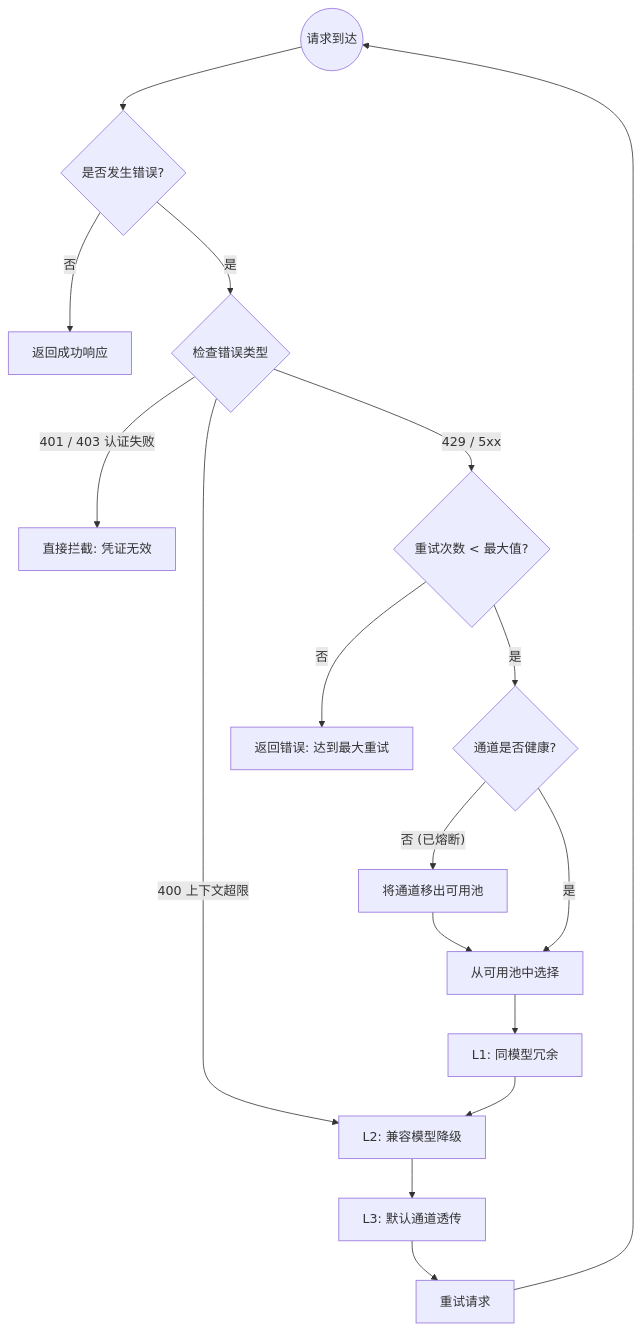
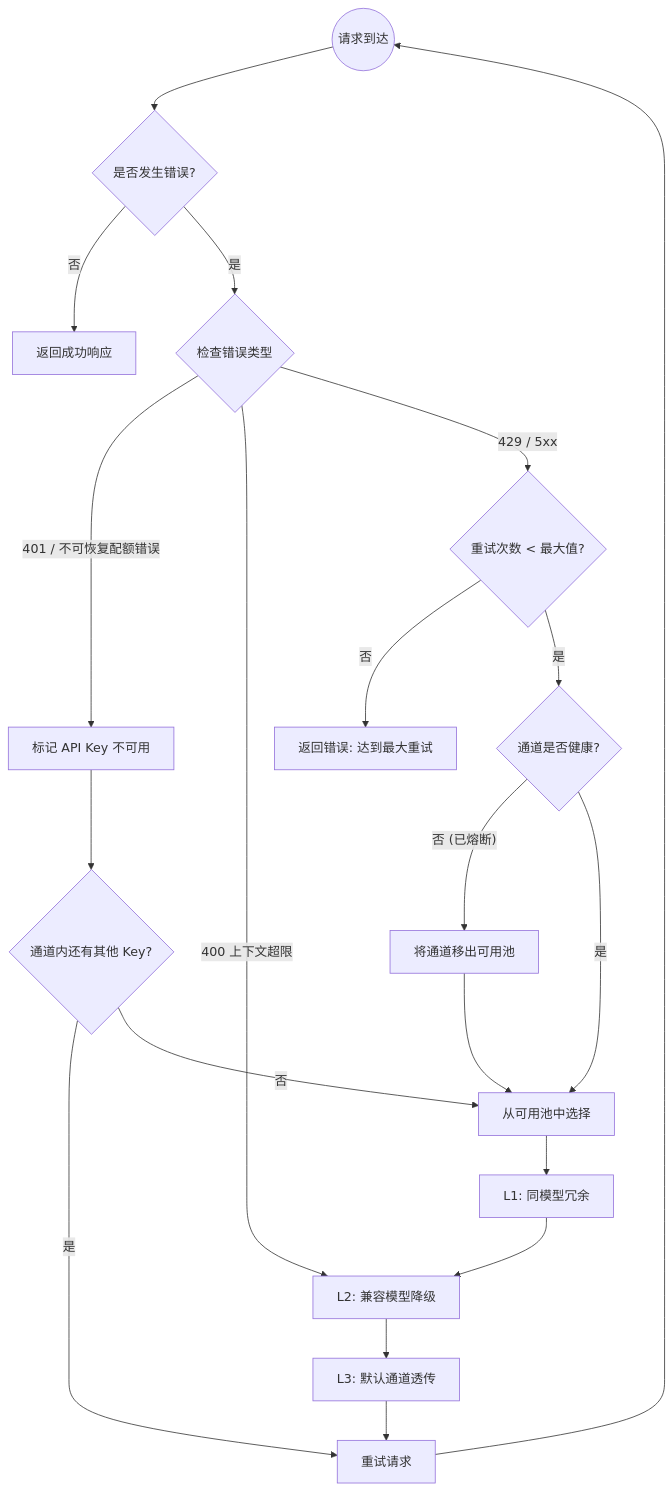
Before and after one commit to rickytan/SmartLLMRouter: the eighth of 8 diagrams in README_ZH.md, drawn with Mermaid. The commit also changed other lines of this file and 1 other file, not shown here.

````diff
--- a/README_ZH.md
+++ b/README_ZH.md
@@ -325,27 +320,31 @@
 ```mermaid
 flowchart TD
     Start((请求到达)) --> Error{是否发生错误?}
     
     Error -- 否 --> Success[返回成功响应]
     Error -- 是 --> TypeCheck{检查错误类型}
     
-    TypeCheck -- "401 / 403 认证失败" --> Block[直接拦截: 凭证无效]
+    TypeCheck -- "401 / 不可恢复配额错误" --> BadKey[标记 API Key 不可用]
     TypeCheck -- "400 上下文超限" --> L2[L2: 兼容模型降级]
     TypeCheck -- "429 / 5xx" --> RetryCheck{重试次数 < 最大值?}
+
+    BadKey --> NextKey{通道内还有其他 Key?}
+    NextKey -- 是 --> Retry
+    NextKey -- 否 --> Pool
     
     RetryCheck -- 否 --> MaxRetries[返回错误: 达到最大重试]
     
     RetryCheck -- 是 --> CircuitBreaker{通道是否健康?}
     
     CircuitBreaker -- "否 (已熔断)" --> Remove[将通道移出可用池]
     CircuitBreaker -- "是" --> Pool[从可用池中选择]
     
     Remove --> Pool
     
     Pool --> L1[L1: 同模型冗余]
     L1 --> L2
     L2 --> L3[L3: 默认通道透传]
     L3 --> Retry[重试请求]
     
     Retry --> Start
 ```
````
